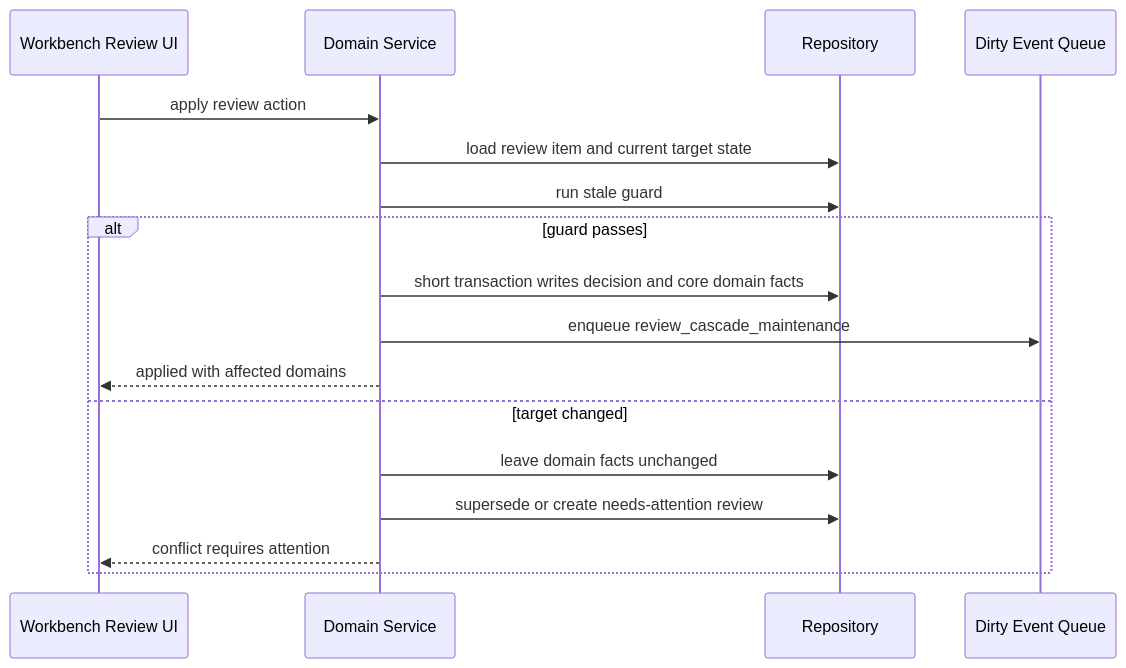
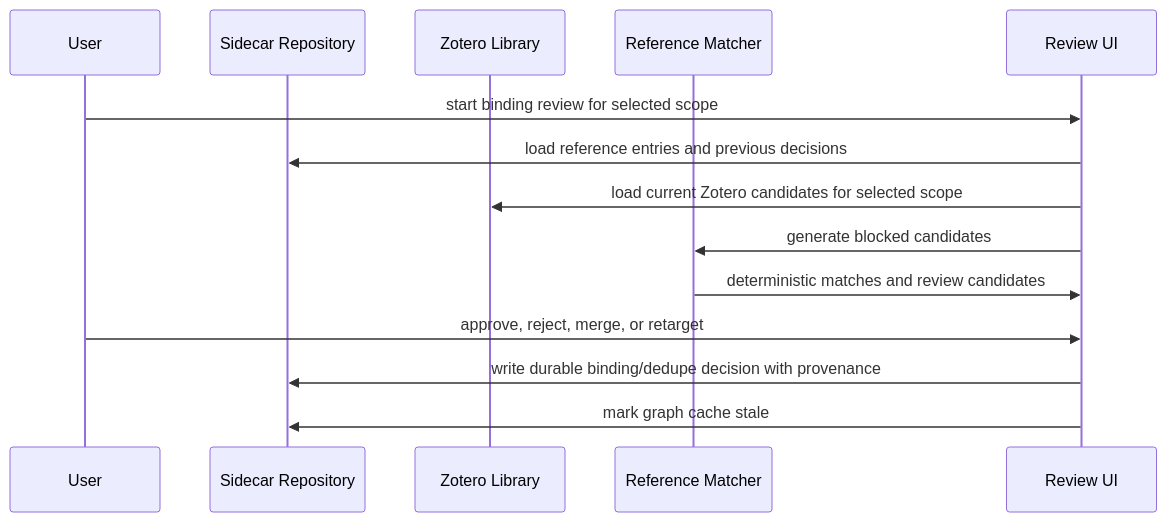
Before and after one commit to leike0813/zotero-agents: the fourth of 8 diagrams in doc/synthesis-layer/sequences.md, drawn with Mermaid. The commit also changed other lines of this file and 267 other files, not shown here.

````diff
--- a/doc/synthesis-layer/sequences.md
+++ b/doc/synthesis-layer/sequences.md
@@ -144,20 +111,17 @@
 ```mermaid
 sequenceDiagram
-  participant UI as Workbench Review UI
-  participant S as Domain Service
-  participant R as Repository
-  participant Q as Dirty Event Queue
+  participant U as User
+  participant S as Sidecar Repository
+  participant Z as Zotero Library
+  participant R as Reference Matcher
+  participant UI as Review UI
 
-  UI->>S: apply review action
-  S->>R: load review item and current target state
-  S->>R: run stale guard
-  alt guard passes
-    S->>R: short transaction writes decision and core domain facts
-    S->>Q: enqueue review_cascade_maintenance
-    S-->>UI: applied with affected domains
-  else target changed
-    S->>R: leave domain facts unchanged
-    S->>R: supersede or create needs-attention review
-    S-->>UI: conflict requires attention
-  end
+  U->>UI: start binding review for selected scope
+  UI->>S: load reference entries and previous decisions
+  UI->>Z: load current Zotero candidates for selected scope
+  UI->>R: generate blocked candidates
+  R->>UI: deterministic matches and review candidates
+  U->>UI: approve, reject, merge, or retarget
+  UI->>S: write durable binding/dedupe decision with provenance
+  UI->>S: mark graph cache stale
 ```
````
